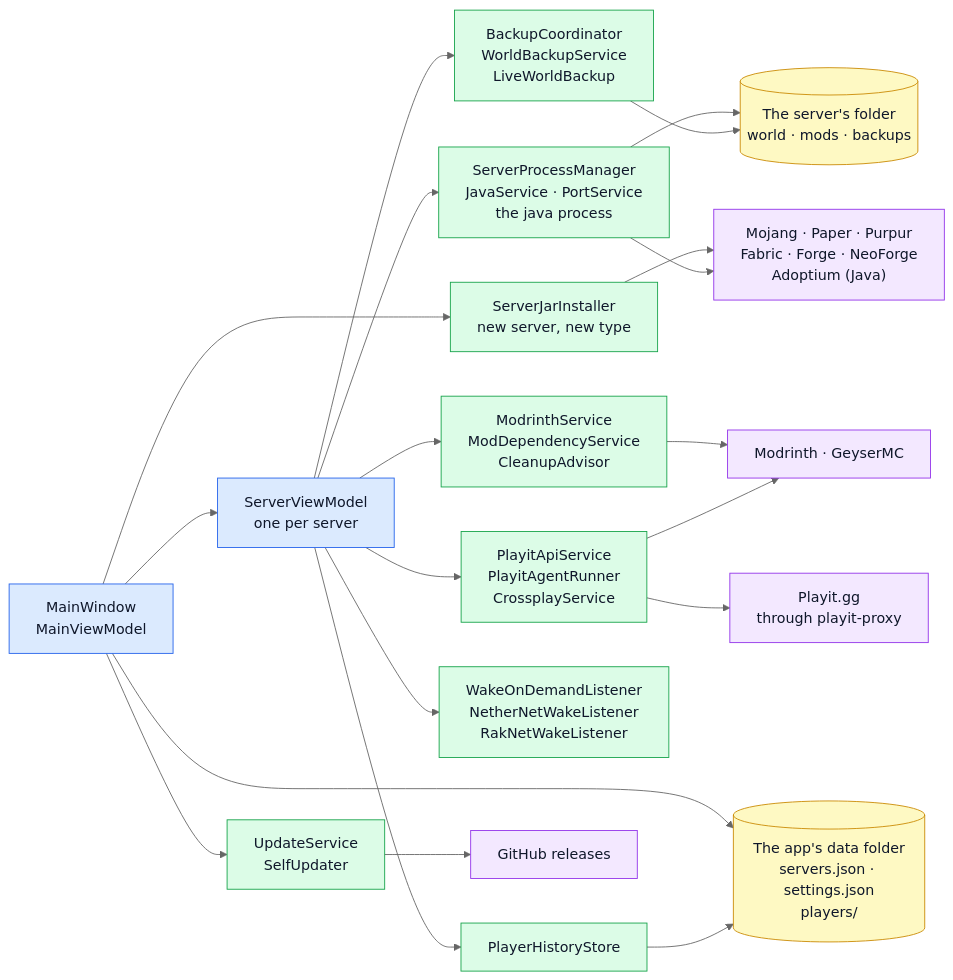
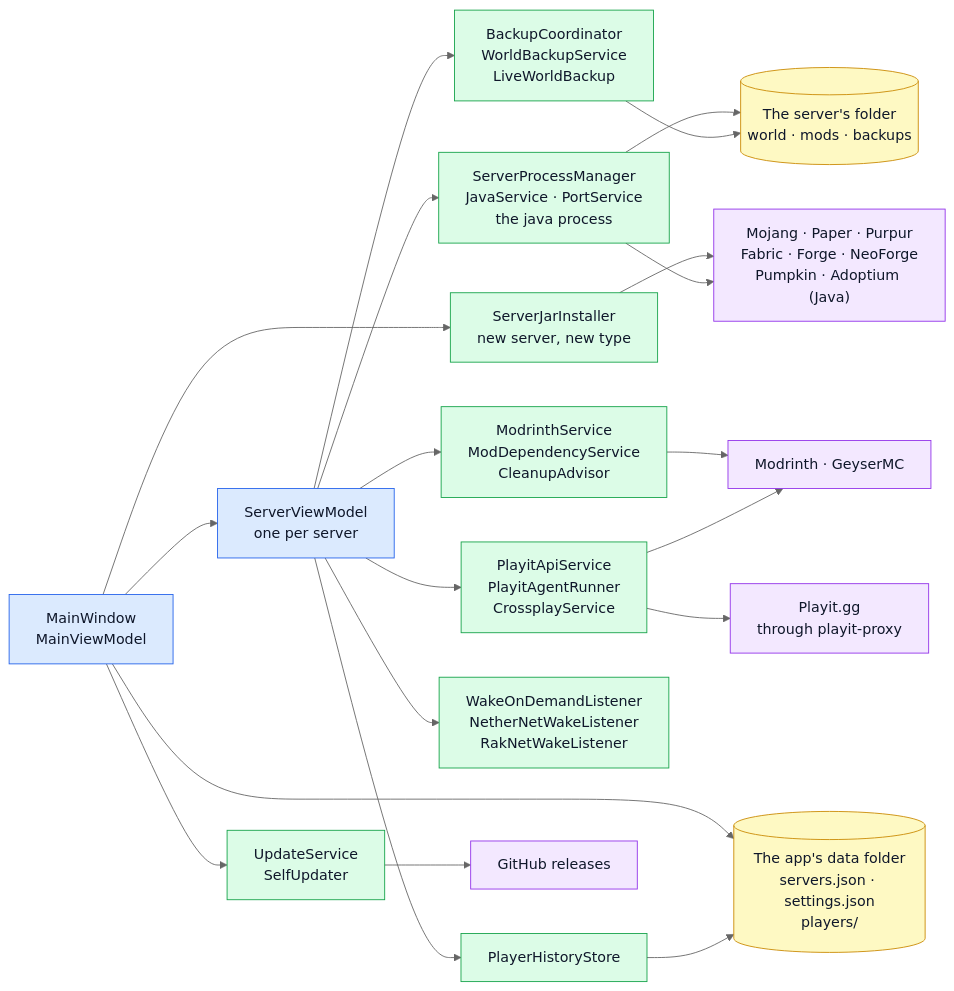
Before and after one commit to JuanP-G/MC-ServerLauncher: the first of 2 diagrams in docs/articles/architecture.md, drawn with Mermaid (neutral theme). The commit also changed other lines of this file and 9 other files, not shown here.

````diff
--- a/docs/articles/architecture.md
+++ b/docs/articles/architecture.md
@@ -16,41 +16,41 @@
 ```mermaid
 flowchart LR
     win["MainWindow<br/>MainViewModel"]
     svm["ServerViewModel<br/>one per server"]
     store[("The app's data folder<br/>servers.json · settings.json<br/>players/")]
     upd["UpdateService<br/>SelfUpdater"]
     jar["ServerJarInstaller<br/>new server, new type"]
     run["ServerProcessManager<br/>JavaService · PortService<br/>the java process"]
     protect["BackupCoordinator<br/>WorldBackupService<br/>LiveWorldBackup"]
     content["ModrinthService<br/>ModDependencyService<br/>CleanupAdvisor"]
     online["PlayitApiService<br/>PlayitAgentRunner<br/>CrossplayService"]
     wake["WakeOnDemandListener<br/>NetherNetWakeListener<br/>RakNetWakeListener"]
     hist["PlayerHistoryStore"]
     folder[("The server's folder<br/>world · mods · backups")]
-    web["Mojang · Paper · Purpur<br/>Fabric · Forge · NeoForge<br/>Adoptium (Java)"]
+    web["Mojang · Paper · Purpur<br/>Fabric · Forge · NeoForge<br/>Pumpkin · Adoptium (Java)"]
     mr["Modrinth · GeyserMC"]
     pl["Playit.gg<br/>through playit-proxy"]
     gh["GitHub releases"]
 
     win --> svm
     win --> store
     win --> upd --> gh
     win --> jar --> web
     svm --> run --> folder
     run --> web
     svm --> protect --> folder
     svm --> content --> mr
     svm --> online --> pl
     online --> mr
     svm --> wake
     svm --> hist --> store
 
     classDef ui fill:#dbeafe,stroke:#2563eb,color:#0f172a
     classDef svc fill:#dcfce7,stroke:#16a34a,color:#0f172a
     classDef disk fill:#fef9c3,stroke:#ca8a04,color:#0f172a
     classDef net fill:#f3e8ff,stroke:#9333ea,color:#0f172a
     class win,svm ui
     class upd,jar,run,protect,content,online,wake,hist svc
     class store,folder disk
     class web,mr,pl,gh net
 ```
````
